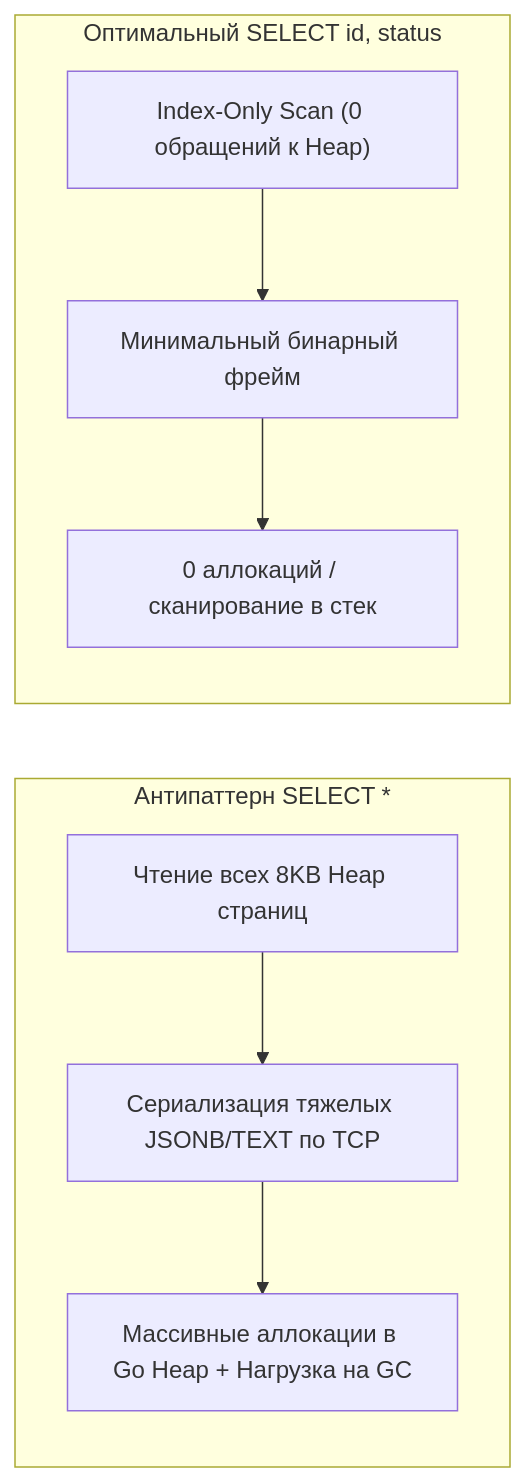
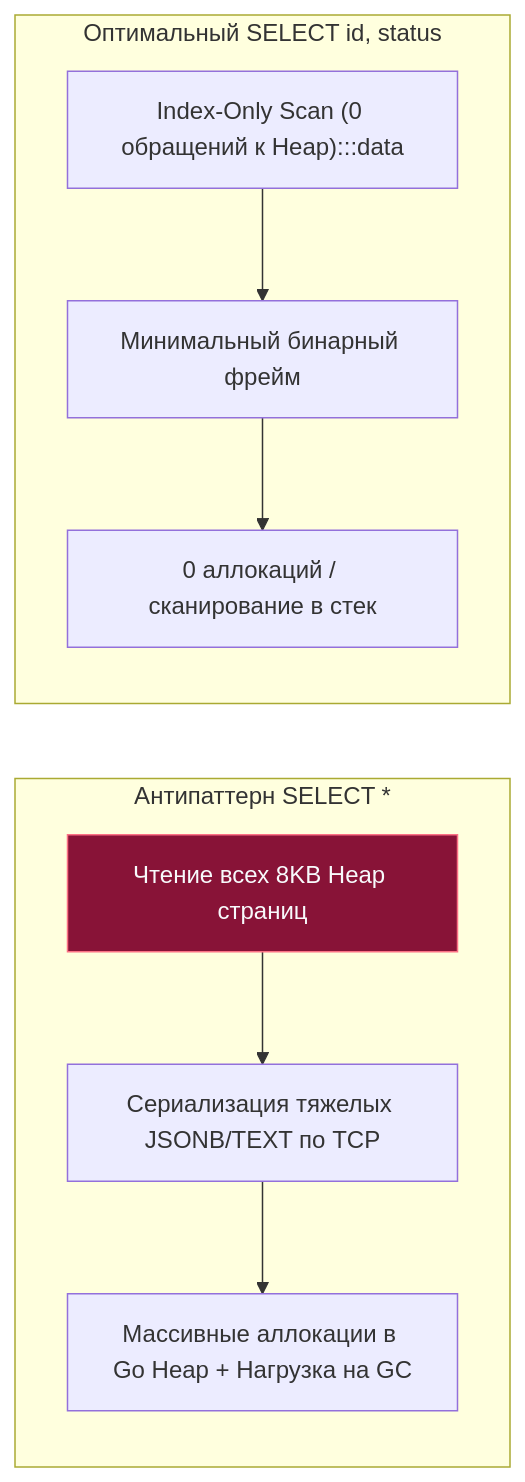
One commit to UnrealTemplier/go-textbook changed the second of 2 diagrams in sources/12. Базы данных/02. SQL базовый/1. Введение в SQL.md. Above: the diagram before and after it, drawn with Mermaid. The commit also changed other lines of this file and 1666 other files, not shown here.

First line of the commit message:
feat(mermaid): add semantic color classDef to 1369 colorless flowchart/graph diagrams

````diff
--- a/sources/12. Базы данных/02. SQL базовый/1. Введение в SQL.md
+++ b/sources/12. Базы данных/02. SQL базовый/1. Введение в SQL.md
@@ -140,11 +150,21 @@
 ```mermaid
 flowchart LR
+    classDef process  fill:#1e293b,stroke:#38bdf8,stroke-width:1px,color:#f8fafc
+    classDef success  fill:#064e3b,stroke:#34d399,stroke-width:1px,color:#f8fafc
+    classDef error    fill:#7f1d1d,stroke:#f87171,stroke-width:1px,color:#f8fafc
+    classDef warning  fill:#78350f,stroke:#fbbf24,stroke-width:1px,color:#f8fafc
+    classDef entry    fill:#1e3a5f,stroke:#38bdf8,stroke-width:2px,color:#f8fafc
+    classDef aux      fill:#334155,stroke:#64748b,stroke-width:1px,color:#f8fafc
+    classDef system   fill:#312e81,stroke:#a78bfa,stroke-width:1px,color:#f8fafc
+    classDef data     fill:#132d29,stroke:#2dd4bf,stroke-width:1px,color:#f8fafc
+    classDef network  fill:#881337,stroke:#fb7185,stroke-width:1px,color:#f8fafc
+    classDef accent   fill:#1e1b4b,stroke:#818cf8,stroke-width:1px,color:#f8fafc
     subgraph AntiPattern["Антипаттерн SELECT *"]
         direction TB
-        AP_Disk["Чтение всех 8KB Heap страниц"] --> AP_Net["Сериализация тяжелых JSONB/TEXT по TCP"] --> AP_Go["Массивные аллокации в Go Heap + Нагрузка на GC"]
+        AP_Disk["Чтение всех 8KB Heap страниц"]:::network --> AP_Net["Сериализация тяжелых JSONB/TEXT по TCP"] --> AP_Go["Массивные аллокации в Go Heap + Нагрузка на GC"]
     end
     subgraph Optimal["Оптимальный SELECT id, status"]
         direction TB
-        OPT_Disk["Index-Only Scan (0 обращений к Heap)"] --> OPT_Net["Минимальный бинарный фрейм"] --> OPT_Go["0 аллокаций / сканирование в стек"]
+        OPT_Disk["Index-Only Scan (0 обращений к Heap):::data"] --> OPT_Net["Минимальный бинарный фрейм"] --> OPT_Go["0 аллокаций / сканирование в стек"]
     end
 ```
````
